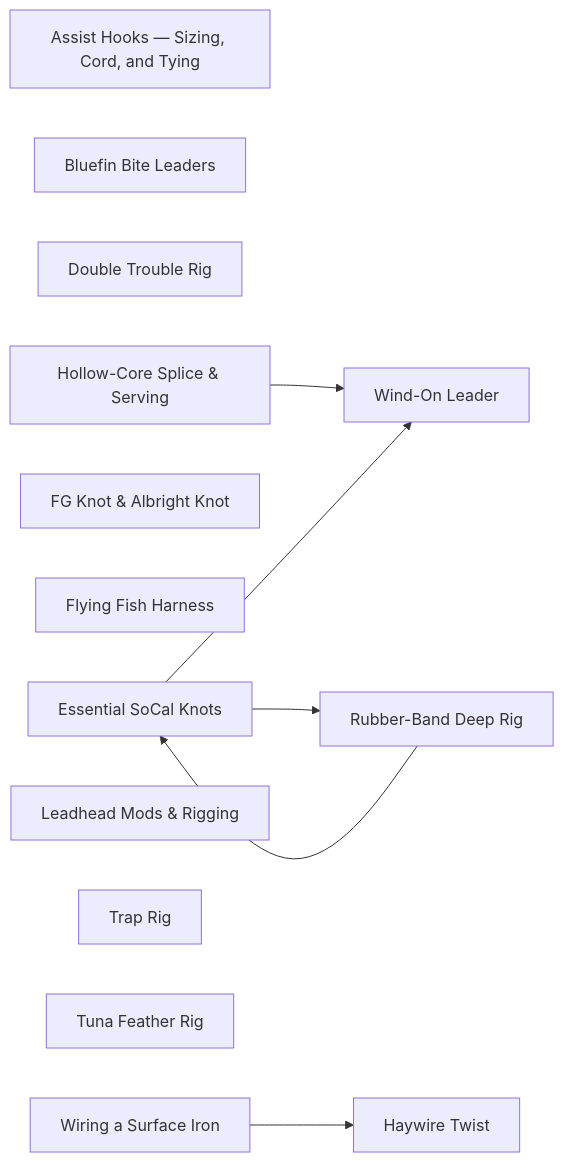
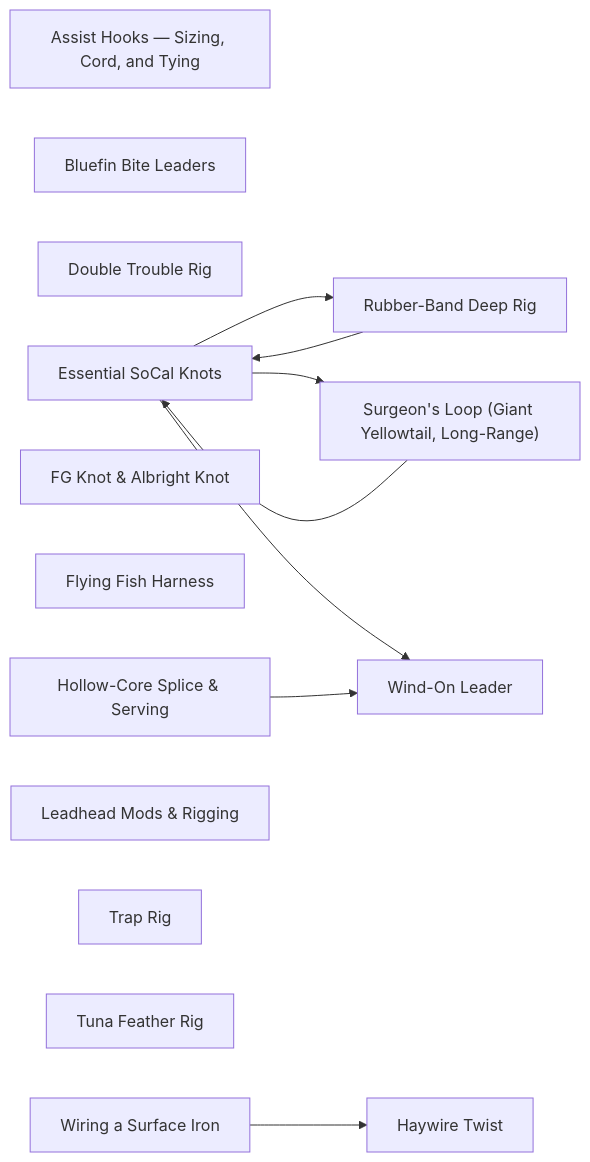
The diagram in rigging/README.md (camchuckpete-max/Socal-Fishing-Knowledge), drawn with Mermaid before and after one commit. The commit also changed other lines of this file and 5 other files, not shown here.

````diff
--- a/rigging/README.md
+++ b/rigging/README.md
@@ -27,22 +28,25 @@
 ```mermaid
 graph LR
   n0["Assist Hooks — Sizing, Cord, and Tying"]
   n1["Bluefin Bite Leaders"]
   n2["Double Trouble Rig"]
   n3["Essential SoCal Knots"]
   n4["FG Knot & Albright Knot"]
   n5["Flying Fish Harness"]
   n6["Haywire Twist"]
   n7["Hollow-Core Splice & Serving"]
   n8["Leadhead Mods & Rigging"]
   n9["Rubber-Band Deep Rig"]
-  n10["Trap Rig"]
-  n11["Tuna Feather Rig"]
-  n12["Wind-On Leader"]
-  n13["Wiring a Surface Iron"]
-  n13 --> n6
-  n3 --> n12
+  n10["Surgeon's Loop (Giant Yellowtail, Long-Range)"]
+  n11["Trap Rig"]
+  n12["Tuna Feather Rig"]
+  n13["Wind-On Leader"]
+  n14["Wiring a Surface Iron"]
+  n10 --> n3
+  n14 --> n6
+  n3 --> n10
+  n3 --> n13
   n3 --> n9
-  n7 --> n12
+  n7 --> n13
   n9 --> n3
 ```
````
